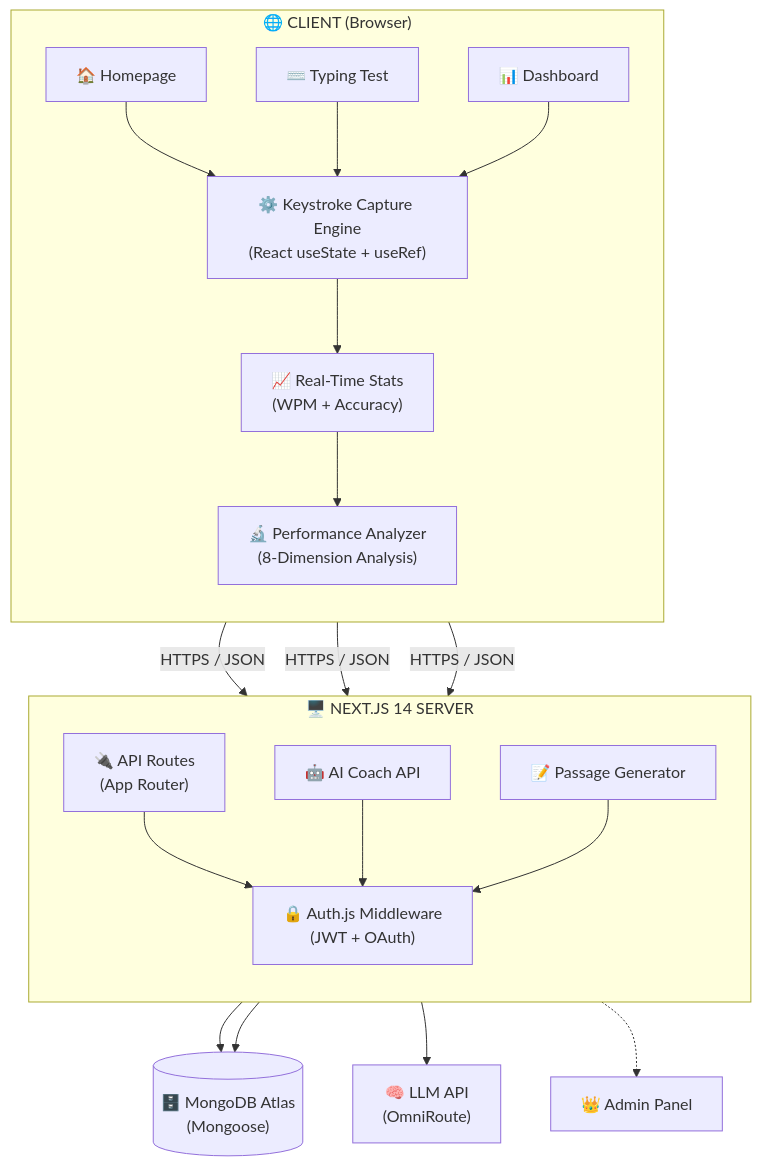
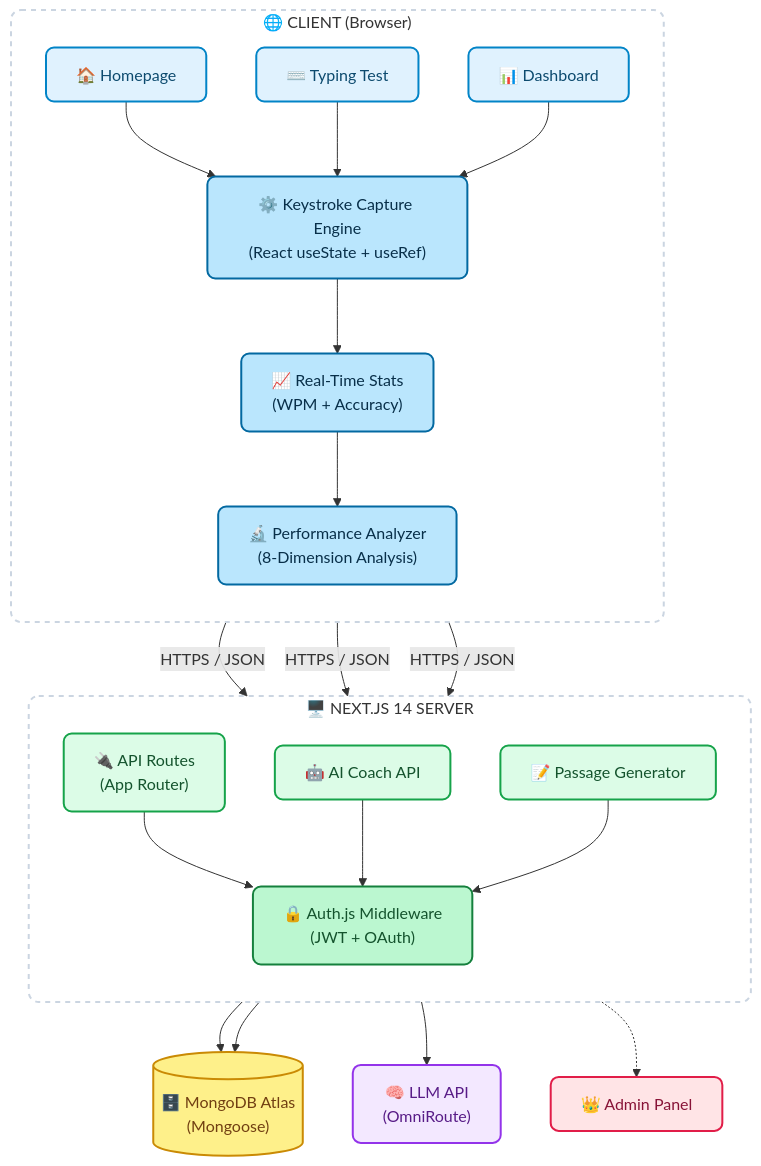
Before and after one commit to maghfoormalkana/KeyCoachAI: the diagram in README.md, drawn with Mermaid.

````diff
--- a/README.md
+++ b/README.md
@@ -70,69 +70,81 @@
 ```mermaid
 flowchart TD
-
+    %% ==========================================
+    %% COLOR PALETTE & STYLES
+    %% ==========================================
+    classDef ui fill:#e0f2fe,stroke:#0284c7,stroke-width:2px,color:#0c4a6e,rx:8,ry:8
+    classDef engine fill:#bae6fd,stroke:#0369a1,stroke-width:2px,color:#082f49,rx:8,ry:8
+    classDef api fill:#dcfce7,stroke:#16a34a,stroke-width:2px,color:#14532d,rx:8,ry:8
+    classDef auth fill:#bbf7d0,stroke:#15803d,stroke-width:2px,color:#14532d,rx:8,ry:8
+    classDef db fill:#fef08a,stroke:#ca8a04,stroke-width:2px,color:#713f12
+    classDef ai fill:#f3e8ff,stroke:#9333ea,stroke-width:2px,color:#581c87,rx:8,ry:8
+    classDef admin fill:#ffe4e6,stroke:#e11d48,stroke-width:2px,color:#881337,rx:8,ry:8
+    
+    %% CHANGED: fill:none makes the subgraph backgrounds transparent
+    classDef subGraphStyle fill:none,stroke:#cbd5e1,stroke-width:2px,stroke-dasharray: 5 5,rx:10,ry:10
 
     %% ==========================================
     %% CLIENT ARCHITECTURE
     %% ==========================================
     subgraph Client["🌐 CLIENT (Browser)"]
         direction TB
         
         %% UI Layer
         Home["🏠 Homepage"]:::ui
         Test["⌨️ Typing Test"]:::ui
         Dash["📊 Dashboard"]:::ui
         
         %% Engine Layer
         Engine["⚙️ Keystroke Capture Engine<br/>(React useState + useRef)"]:::engine
         Stats["📈 Real-Time Stats<br/>(WPM + Accuracy)"]:::engine
         Analyzer["🔬 Performance Analyzer<br/>(8-Dimension Analysis)"]:::engine
         
         %% Client Internal Flow
         Home & Test & Dash --> Engine
         Engine --> Stats
         Stats --> Analyzer
     end
 
     %% ==========================================
     %% SERVER ARCHITECTURE
     %% ==========================================
     subgraph Server["🖥️ NEXT.JS 14 SERVER"]
         direction TB
         
         API["🔌 API Routes<br/>(App Router)"]:::api
         Coach["🤖 AI Coach API"]:::api
         Passage["📝 Passage Generator"]:::api
         
         Auth["🔒 Auth.js Middleware<br/>(JWT + OAuth)"]:::auth
         
         %% Server Internal Flow
         API & Coach & Passage --> Auth
     end
 
     %% ==========================================
     %% EXTERNAL SERVICES & DATABASES
     %% ==========================================
     Mongo[("🗄️ MongoDB Atlas<br/>(Mongoose)")]:::db
     LLM["🧠 LLM API<br/>(OmniRoute)"]:::ai
     Admin["👑 Admin Panel"]:::admin
 
     %% ==========================================
     %% CROSS-BOUNDARY DATA FLOW
     %% ==========================================
     
     %% Client to Server
     Analyzer -- "HTTPS / JSON" --> API
     Analyzer -- "HTTPS / JSON" --> Coach
     Analyzer -- "HTTPS / JSON" --> Passage
 
     %% Server to Services
     API --> Mongo
     Passage --> Mongo
     Coach --> LLM
     
     %% Server to Admin
     Server -.-> Admin
 
     %% Apply dashed styles to the main containers
     class Client,Server subGraphStyle
 ```
````
